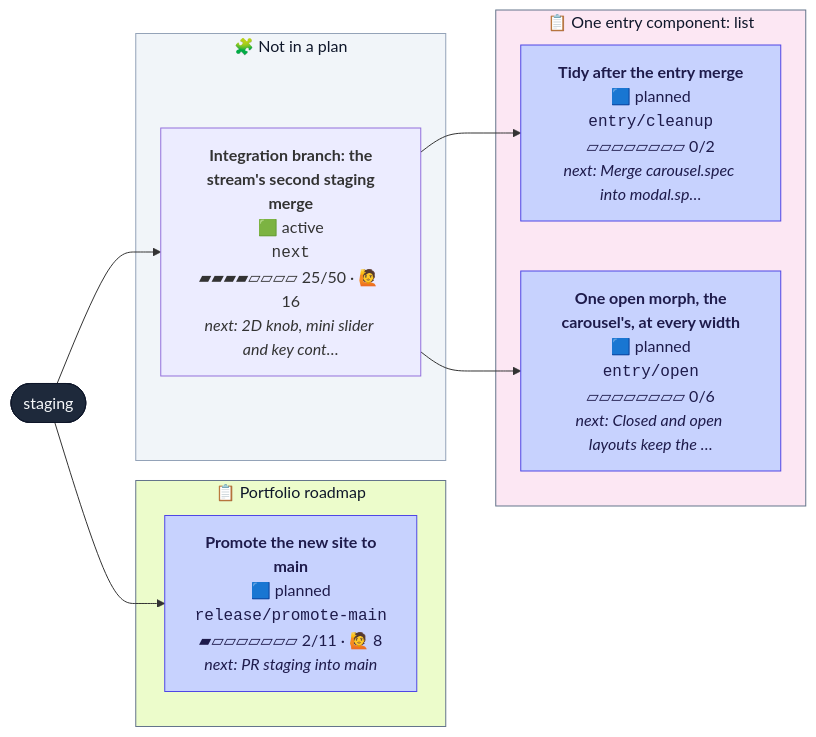
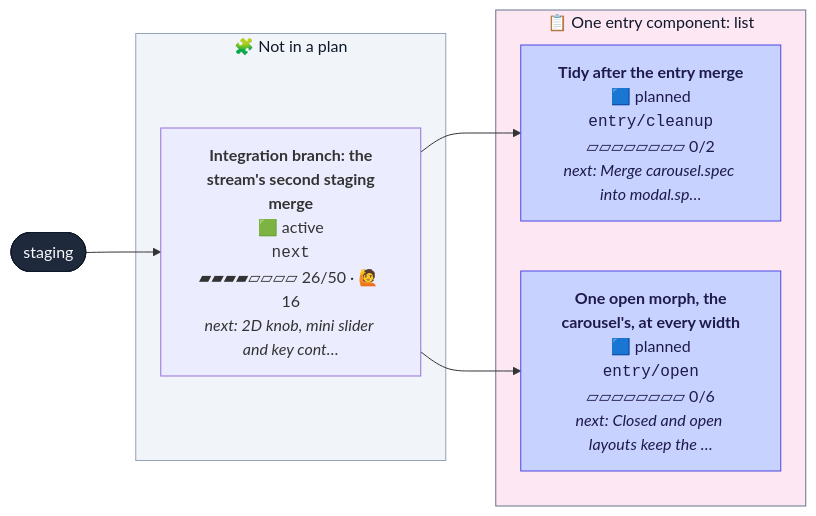
One commit to henryjonescodes/portfolio changed the second of 2 diagrams in CONTRIBUTING.md. Above: the diagram before and after it, drawn with Mermaid. The commit also changed other lines of this file, not shown here.

````diff
--- a/CONTRIBUTING.md
+++ b/CONTRIBUTING.md
@@ -78,35 +75,29 @@
 ```mermaid
 flowchart LR
   n_staging([staging])
   class n_staging trunk
   subgraph plan_1["📋 One entry component: list"]
     n_entry_cleanup["<b>Tidy after the entry merge</b><br/>🟦 planned<br/><code>entry/cleanup</code><br/>▱▱▱▱▱▱▱▱ 0/2<br/><i>next: Merge carousel.spec into modal.sp…</i>"]
     class n_entry_cleanup planned
     n_entry_open["<b>One open morph, the<br/>carousel's, at every width</b><br/>🟦 planned<br/><code>entry/open</code><br/>▱▱▱▱▱▱▱▱ 0/6<br/><i>next: Closed and open layouts keep the …</i>"]
     class n_entry_open planned
   end
   style plan_1 fill:#fce7f3,stroke:#64748b,color:#0f172a
-  subgraph plan_2["📋 Portfolio roadmap"]
-    n_release_promote_main["<b>Promote the new site to<br/>main</b><br/>🟦 planned<br/><code>release/promote-main</code><br/>▰▱▱▱▱▱▱▱ 2/11 · 🙋 8<br/><i>next: PR staging into main</i>"]
-    class n_release_promote_main planned
-  end
-  style plan_2 fill:#ecfccb,stroke:#64748b,color:#0f172a
   subgraph loose["🧩 Not in a plan"]
-    n_next["<b>Integration branch: the<br/>stream's second staging<br/>merge</b><br/>🟩 active<br/><code>next</code><br/>▰▰▰▰▱▱▱▱ 25/50 · 🙋 16<br/><i>next: 2D knob, mini slider and key cont…</i>"]
+    n_next["<b>Integration branch: the<br/>stream's second staging<br/>merge</b><br/>🟩 active<br/><code>next</code><br/>▰▰▰▰▱▱▱▱ 26/50 · 🙋 16<br/><i>next: 2D knob, mini slider and key cont…</i>"]
     class n_next active,current
   end
   style loose fill:#f1f5f9,stroke:#94a3b8,color:#0f172a
   n_next --> n_entry_cleanup
   n_next --> n_entry_open
   n_staging --> n_next
-  n_staging --> n_release_promote_main
   classDef merged fill:#dcfce7,stroke:#16a34a,color:#052e16
   classDef todo fill:#ffffff,stroke:#94a3b8,stroke-dasharray:2 2,color:#334155
   classDef planned fill:#c7d2fe,stroke:#4f46e5,color:#1e1b4b
   classDef sketched fill:#f8fafc,stroke:#64748b,stroke-dasharray:4 3,color:#334155
   classDef active fill:#bbf7d0,stroke:#16a34a,stroke-width:3px,color:#052e16
   classDef review fill:#fde68a,stroke:#d97706,stroke-width:3px,color:#451a03
   classDef blocked fill:#fecaca,stroke:#dc2626,stroke-width:3px,color:#450a0a
   classDef trunk fill:#1e293b,stroke:#0f172a,color:#f8fafc
   classDef current stroke:#0ea5e9,stroke-width:5px
 ```
````
